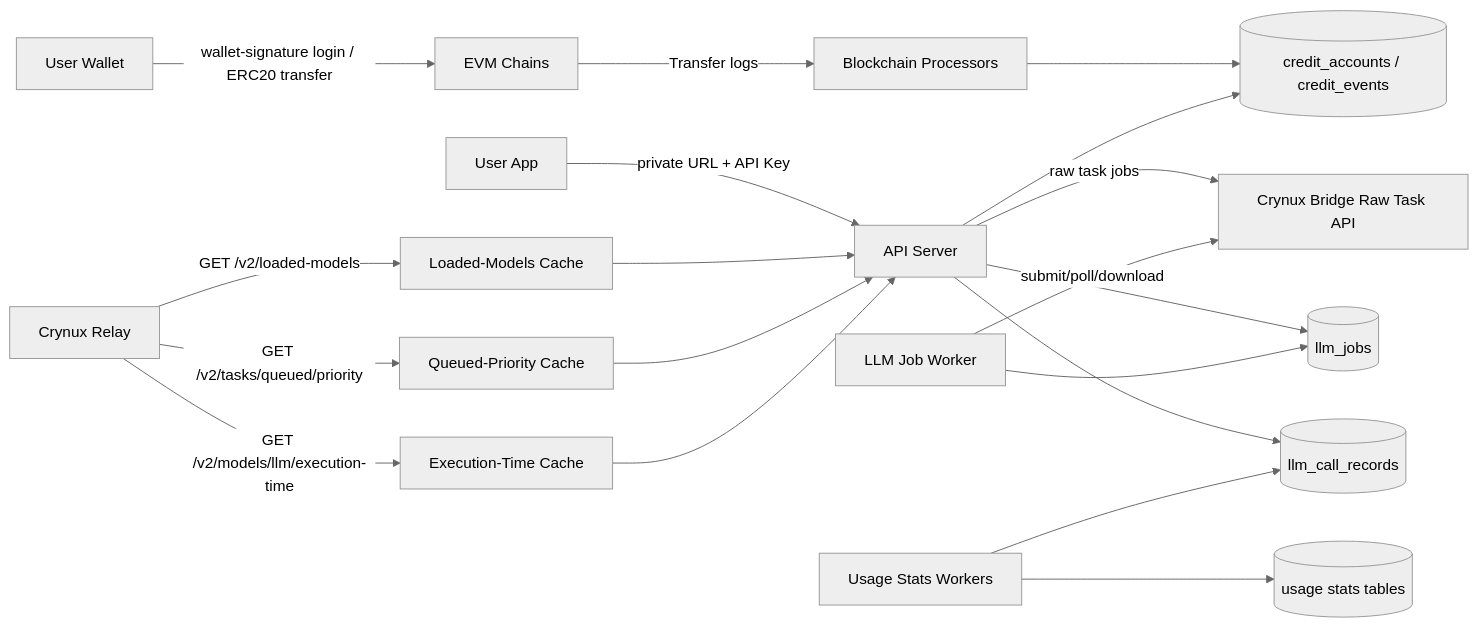
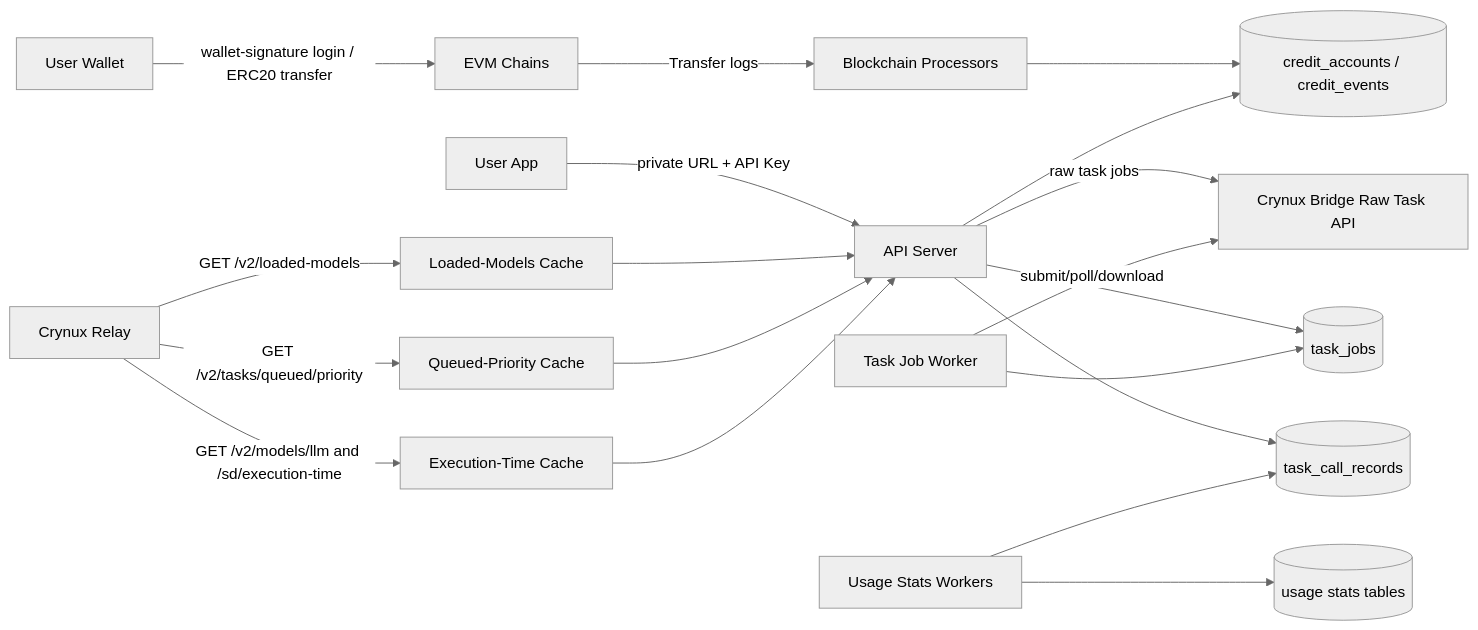
One commit to crynux-network/crynux-as changed the diagram in docs/architecture.md. Above: the diagram before and after it, drawn with Mermaid (neutral theme). The commit also changed other lines of this file and 45 other files, not shown here.

Commit message:
[feature] raw task & batch api for both llm and image

````diff
--- a/docs/architecture.md
+++ b/docs/architecture.md
@@ -9,21 +9,21 @@
 ```mermaid
 flowchart LR
   Wallet[User Wallet] -->|"wallet-signature login / ERC20 transfer"| Chain[EVM Chains]
   Client[User App] -->|"private URL + API Key"| API[API Server]
   Chain -->|"Transfer logs"| Scanner[Blockchain Processors]
   Scanner --> Ledger[(credit_accounts / credit_events)]
   API --> Ledger
   API -->|raw task jobs| Bridge[Crynux Bridge Raw Task API]
-  API --> Jobs[(llm_jobs)]
-  Worker[LLM Job Worker] --> Jobs
+  API --> Jobs[(task_jobs)]
+  Worker[Task Job Worker] --> Jobs
   Worker -->|submit/poll/download| Bridge
-  API --> Records[(llm_call_records)]
+  API --> Records[(task_call_records)]
   Relay[Crynux Relay] -->|"GET /v2/loaded-models"| Cache[Loaded-Models Cache]
   Relay -->|"GET /v2/tasks/queued/priority"| PriorityCache[Queued-Priority Cache]
-  Relay -->|"GET /v2/models/llm/execution-time"| ExecTimeCache[Execution-Time Cache]
+  Relay -->|"GET /v2/models/llm and /sd/execution-time"| ExecTimeCache[Execution-Time Cache]
   Cache --> API
   PriorityCache --> API
   ExecTimeCache --> API
   Stats[Usage Stats Workers] --> Records
   Stats --> Usage[(usage stats tables)]
 ```
````
